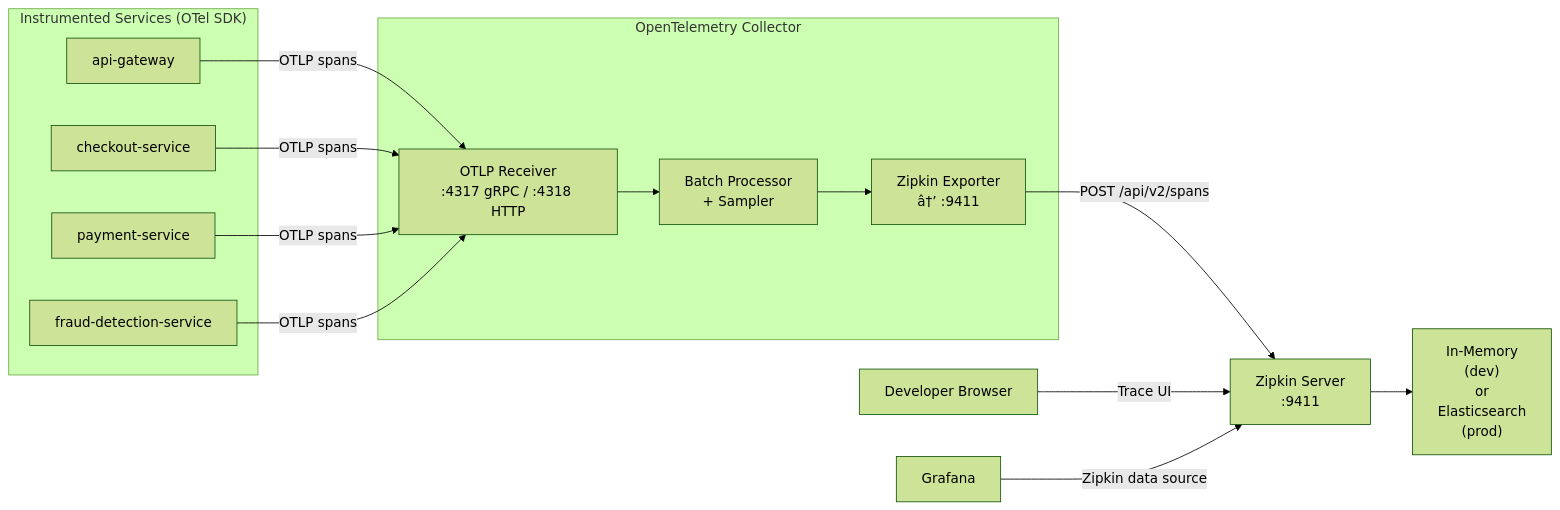
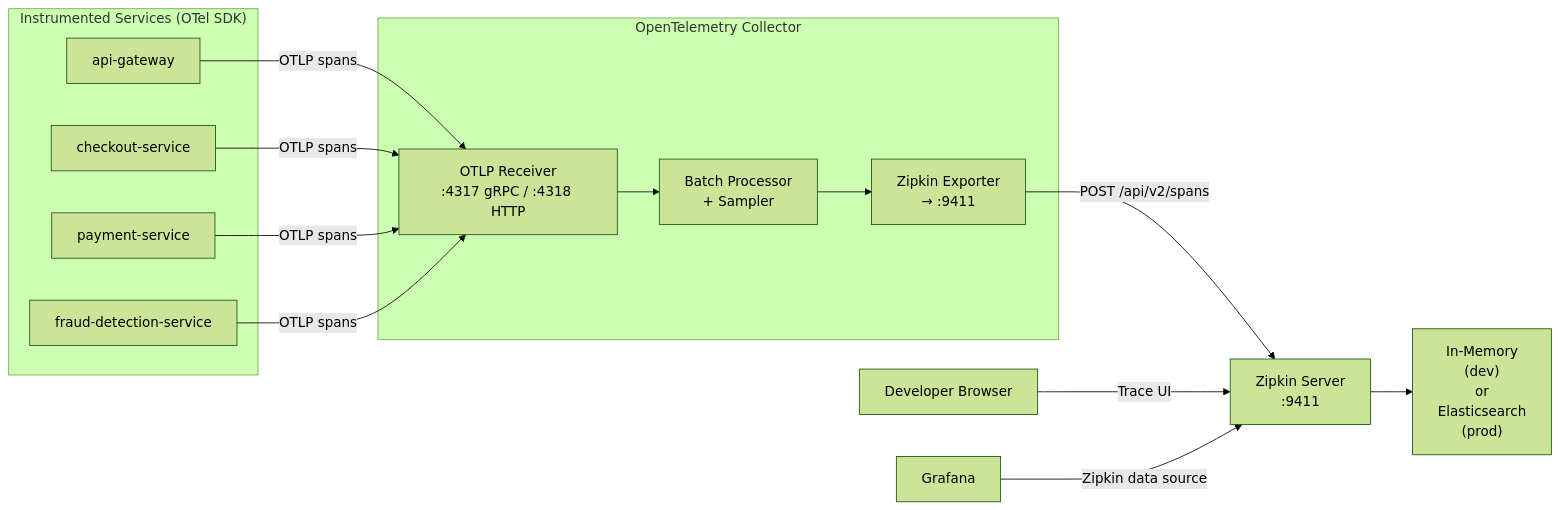
The diagram in observability/zipkin/README.md (prabhat-roy/ShopOS), drawn with Mermaid (forest theme) before and after one commit. The commit also changed other lines of this file and 2221 other files, not shown here.

````diff
--- a/observability/zipkin/README.md
+++ b/observability/zipkin/README.md
@@ -14,28 +14,28 @@
 ```mermaid
 flowchart LR
     subgraph Services["Instrumented Services (OTel SDK)"]
         GW["api-gateway"]
         CS["checkout-service"]
         PS["payment-service"]
         FD["fraud-detection-service"]
     end
 
     subgraph OTel["OpenTelemetry Collector"]
         Recv["OTLP Receiver\n:4317 gRPC / :4318 HTTP"]
         Proc["Batch Processor\n+ Sampler"]
-        Exp["Zipkin Exporter\nâ†’ :9411"]
+        Exp["Zipkin Exporter\n→ :9411"]
     end
 
     GW -->|OTLP spans| Recv
     CS -->|OTLP spans| Recv
     PS -->|OTLP spans| Recv
     FD -->|OTLP spans| Recv
 
     Recv --> Proc --> Exp
 
     Exp -->|POST /api/v2/spans| Zipkin["Zipkin Server\n:9411"]
     Zipkin --> Storage["In-Memory\n(dev)\nor\nElasticsearch\n(prod)"]
 
     Developer["Developer Browser"] -->|Trace UI| Zipkin
     Grafana -->|Zipkin data source| Zipkin
 ```
````
